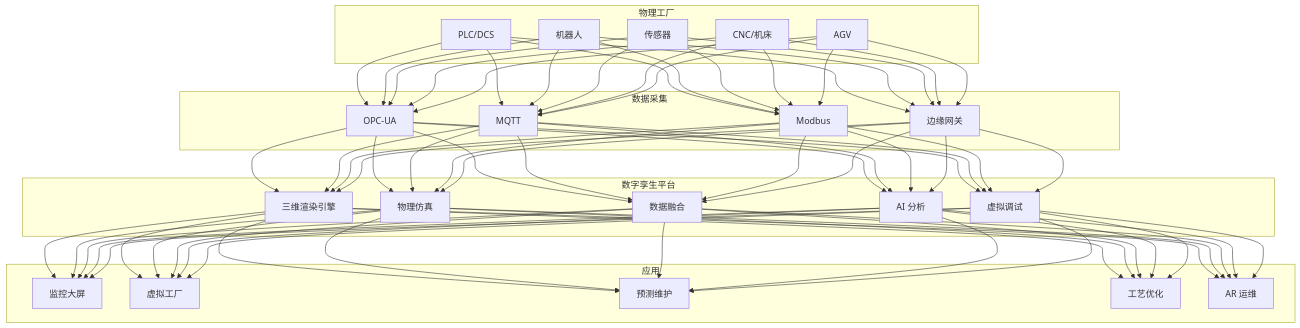
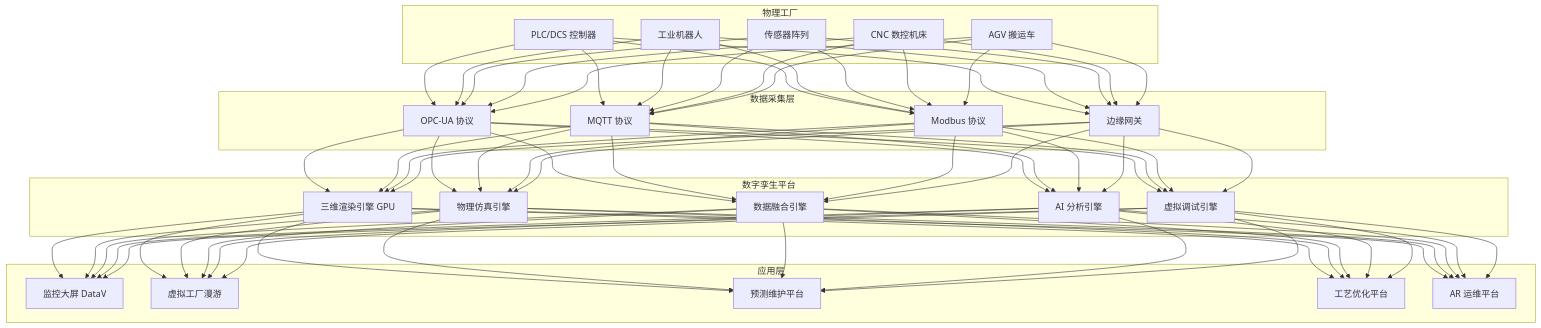
The first of 2 diagrams in topic-application-architecture/93-digital-twin-factory.md (kudig-io/kudig-database), drawn with Mermaid before and after one commit. The commit also changed other lines of this file and 8633 other files, not shown here.

````diff
--- a/topic-application-architecture/93-digital-twin-factory.md
+++ b/topic-application-architecture/93-digital-twin-factory.md
@@ -49,37 +134,37 @@
 ```mermaid
 graph TB
-    subgraph 物理工厂
-        P1[PLC/DCS]
-        P2[机器人]
-        P3[传感器]
-        P4[CNC/机床]
-        P5[AGV]
+    subgraph PhysicalFactory["物理工厂"]
+        P1[PLC/DCS 控制器]
+        P2[工业机器人]
+        P3[传感器阵列]
+        P4[CNC 数控机床]
+        P5[AGV 搬运车]
     end
 
-    subgraph 数据采集
-        D1[OPC-UA]
-        D2[MQTT]
-        D3[Modbus]
+    subgraph DataCollection["数据采集层"]
+        D1[OPC-UA 协议]
+        D2[MQTT 协议]
+        D3[Modbus 协议]
         D4[边缘网关]
     end
 
-    subgraph 数字孪生平台
-        T1[三维渲染引擎]
-        T2[物理仿真]
-        T3[数据融合]
-        T4[AI 分析]
-        T5[虚拟调试]
+    subgraph TwinPlatform["数字孪生平台"]
+        T1[三维渲染引擎 GPU]
+        T2[物理仿真引擎]
+        T3[数据融合引擎]
+        T4[AI 分析引擎]
+        T5[虚拟调试引擎]
     end
 
-    subgraph 应用
-        A1[监控大屏]
-        A2[虚拟工厂]
-        A3[预测维护]
-        A4[工艺优化]
-        A5[AR 运维]
+    subgraph AppLayer["应用层"]
+        A1[监控大屏 DataV]
+        A2[虚拟工厂漫游]
+        A3[预测维护平台]
+        A4[工艺优化平台]
+        A5[AR 运维平台]
     end
 
     P1 & P2 & P3 & P4 & P5 --> D1 & D2 & D3 & D4
     D1 & D2 & D3 & D4 --> T1 & T2 & T3 & T4 & T5
     T1 & T2 & T3 & T4 & T5 --> A1 & A2 & A3 & A4 & A5
 ```
````
